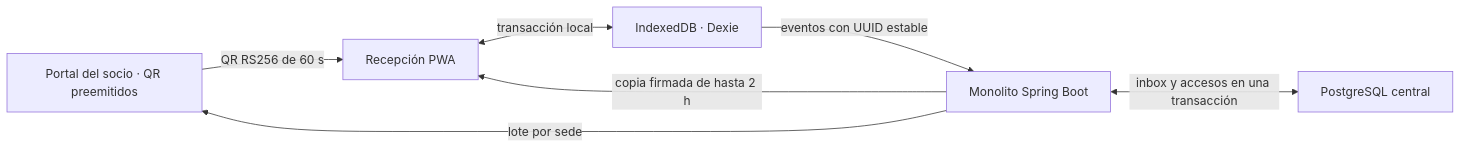
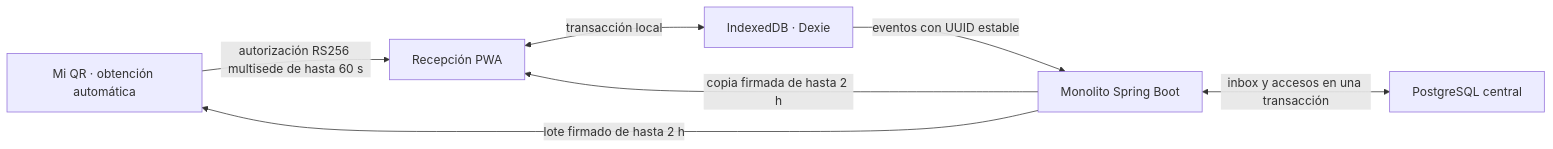
The diagram in docs/m2-offline.md (magacastell/FitZone_Sports), drawn with Mermaid before and after one commit. The commit also changed other lines of this file and 3 other files, not shown here.

````diff
--- a/docs/m2-offline.md
+++ b/docs/m2-offline.md
@@ -11,9 +11,9 @@
 ```mermaid
 flowchart LR
-  S[Portal del socio · QR preemitidos] -->|QR RS256 de 60 s| T[Recepción PWA]
-  API[Monolito Spring Boot] -->|lote por sede| S
+  S[Mi QR · obtención automática] -->|autorización RS256 multisede de hasta 60 s| T[Recepción PWA]
+  API[Monolito Spring Boot] -->|lote firmado de hasta 2 h| S
   API -->|copia firmada de hasta 2 h| T
   T <-->|transacción local| IDB[IndexedDB · Dexie]
   IDB -->|eventos con UUID estable| API
   API <-->|inbox y accesos en una transacción| PG[PostgreSQL central]
 ```
````
